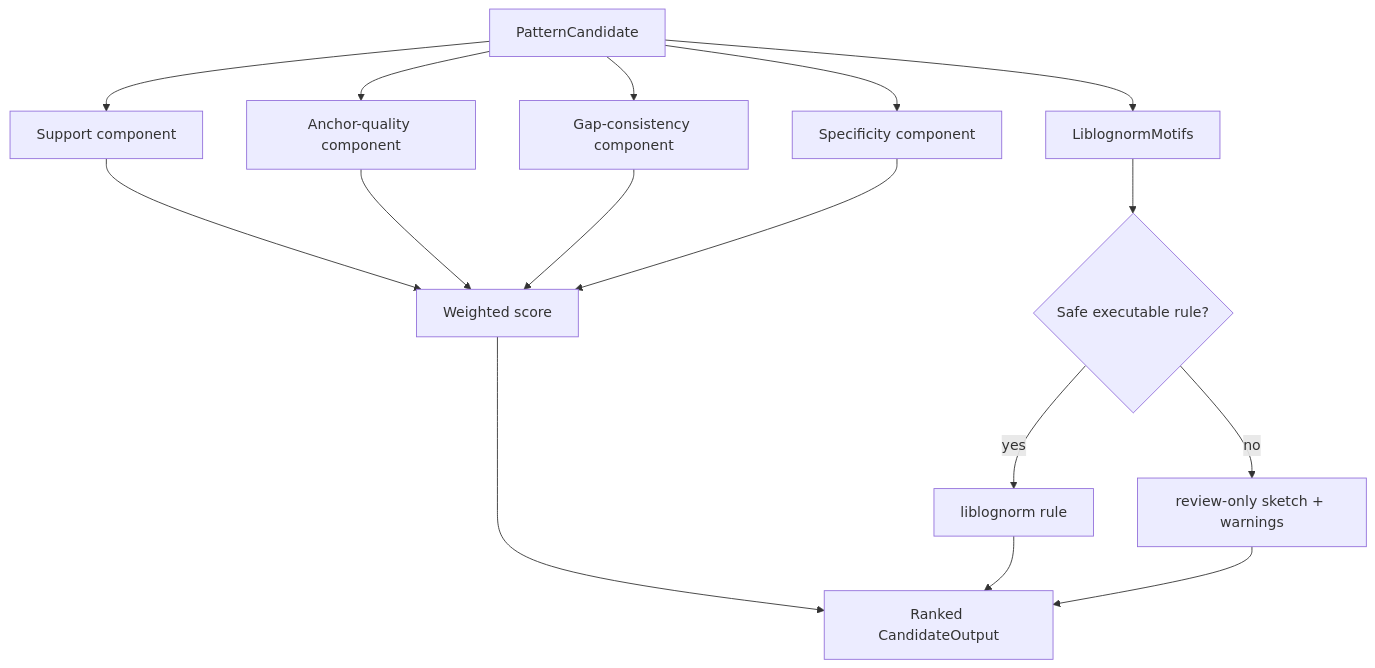
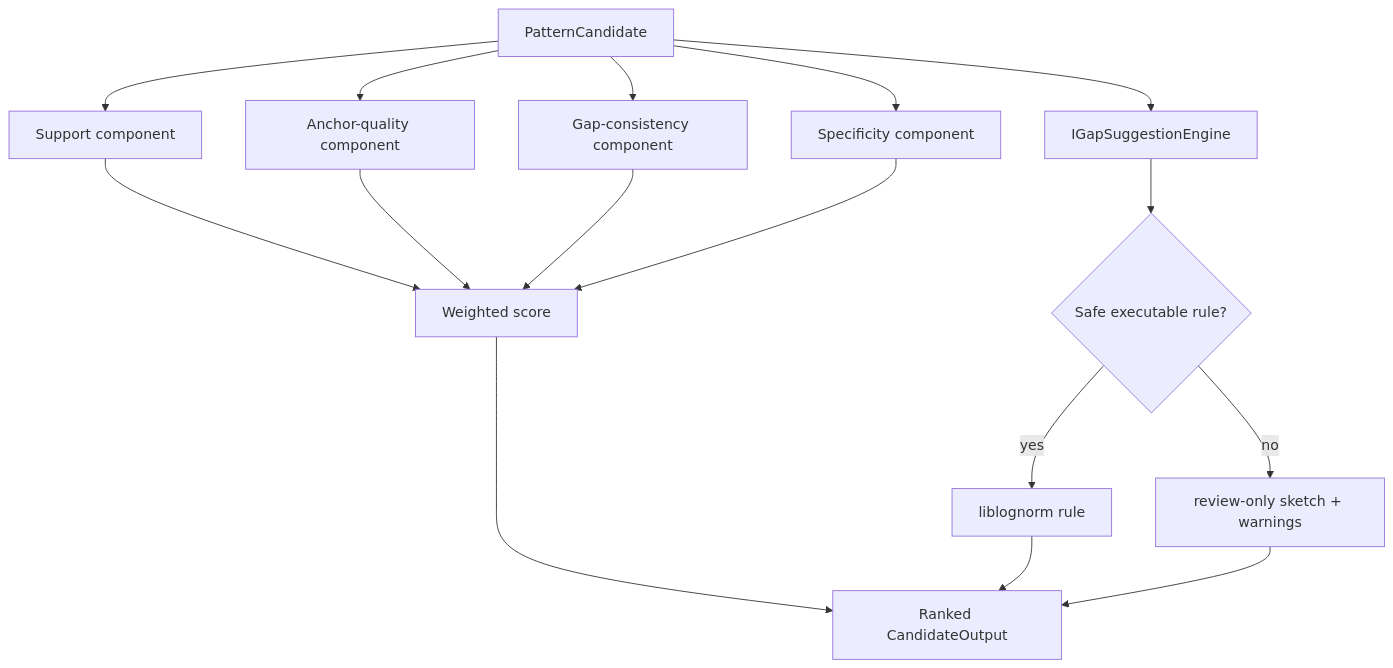
One commit to DeltaZulu-OU/DeltaZulu.LogCluster changed the sixth of 7 diagrams in docs/ARCHITECTURE.md. Above: the diagram before and after it, drawn with Mermaid. The commit also changed other lines of this file and 3 other files, not shown here.

Commit message:
Updated roadmap to utilize DeltaZulu.Normalize

````diff
--- a/docs/ARCHITECTURE.md
+++ b/docs/ARCHITECTURE.md
@@ -217,18 +217,18 @@
 ```mermaid
 flowchart TD
     A[PatternCandidate] --> B[Support component]
     A --> C[Anchor-quality component]
     A --> D[Gap-consistency component]
     A --> E[Specificity component]
     B --> F[Weighted score]
     C --> F
     D --> F
     E --> F
-    A --> G[LiblognormMotifs]
+    A --> G[IGapSuggestionEngine]
     G --> H{Safe executable rule?}
     H -->|yes| I[liblognorm rule]
     H -->|no| J[review-only sketch + warnings]
     F --> K[Ranked CandidateOutput]
     I --> K
     J --> K
 ```
````
